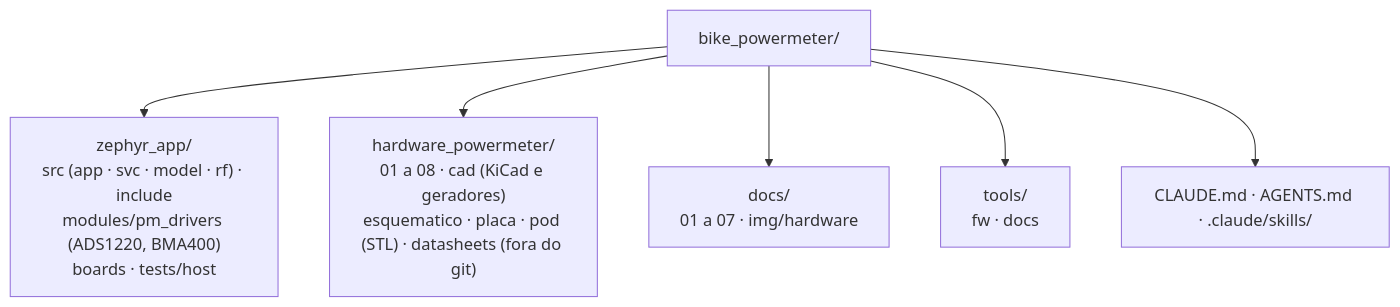
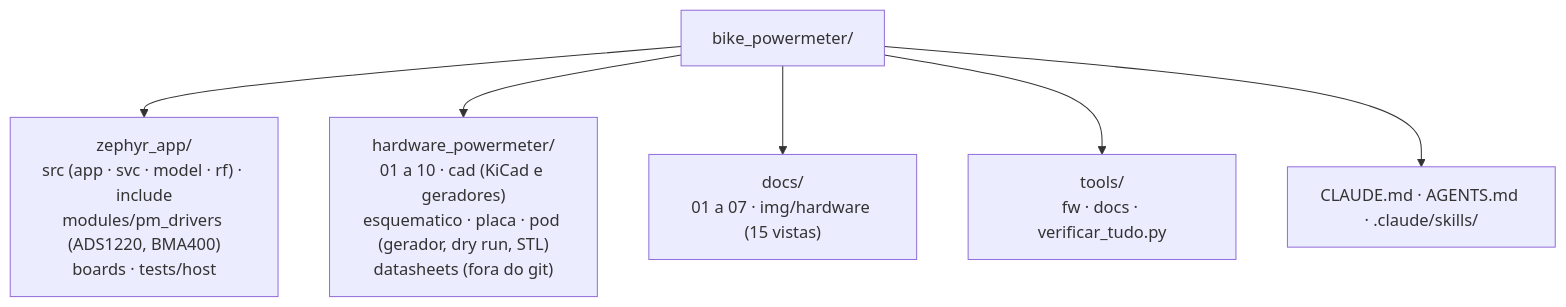
The third of 3 diagrams in README.md (Guiimartinho/bike-powermeter), drawn with Mermaid before and after one commit. The commit also changed other lines of this file and 4 other files, not shown here.

````diff
--- a/README.md
+++ b/README.md
@@ -170,9 +171,9 @@
 ```mermaid
 flowchart TB
     ROOT["bike_powermeter/"]
     ROOT --> ZA["zephyr_app/<br/>src (app · svc · model · rf) · include<br/>modules/pm_drivers (ADS1220, BMA400)<br/>boards · tests/host"]
-    ROOT --> HW["hardware_powermeter/<br/>01 a 08 · cad (KiCad e geradores)<br/>esquematico · placa · pod (STL) · datasheets (fora do git)"]
-    ROOT --> DOCS["docs/<br/>01 a 07 · img/hardware"]
-    ROOT --> TOOLS["tools/<br/>fw · docs"]
+    ROOT --> HW["hardware_powermeter/<br/>01 a 10 · cad (KiCad e geradores)<br/>esquematico · placa · pod (gerador, dry run, STL)<br/>datasheets (fora do git)"]
+    ROOT --> DOCS["docs/<br/>01 a 07 · img/hardware (15 vistas)"]
+    ROOT --> TOOLS["tools/<br/>fw · docs · verificar_tudo.py"]
     ROOT --> AI["CLAUDE.md · AGENTS.md · .claude/skills/"]
 ```
````
